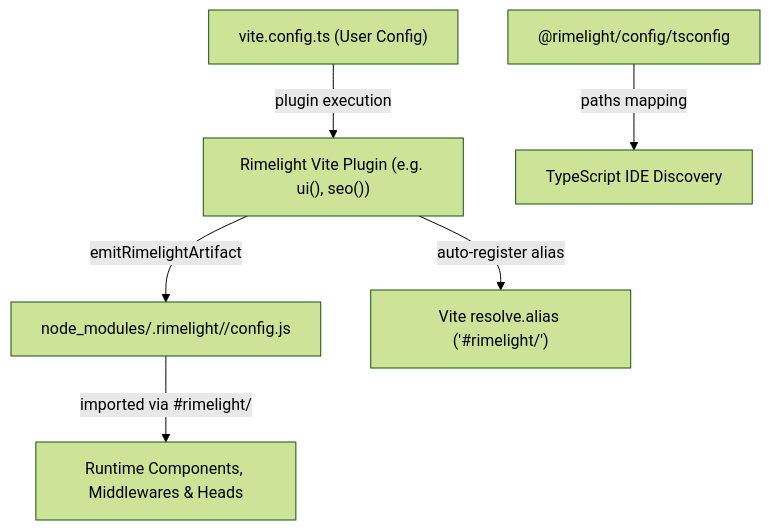
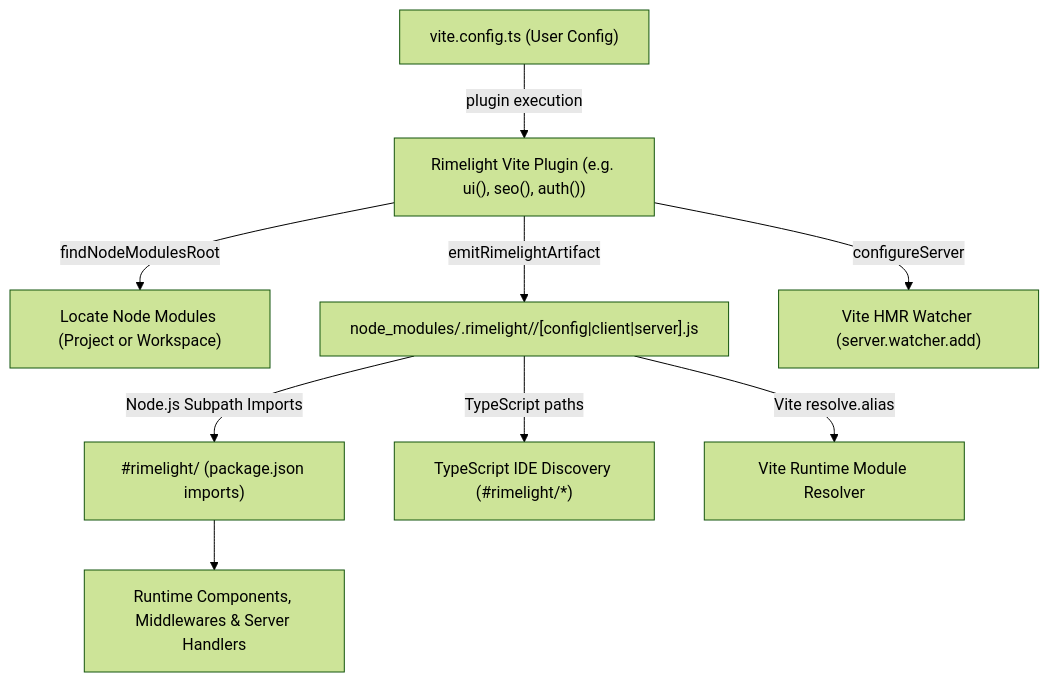
One commit to Rimelight-Entertainment/rimelight changed the diagram in rfc/unifying_virtual_modules_into_generated_node_modules_artifacts.md. Above: the diagram before and after it, drawn with Mermaid (forest theme). The commit also changed other lines of this file and 70 other files, not shown here.

Commit message:
refactor: moves away from vite virtual modules

````diff
--- a/rfc/unifying_virtual_modules_into_generated_node_modules_artifacts.md
+++ b/rfc/unifying_virtual_modules_into_generated_node_modules_artifacts.md
@@ -88,8 +109,11 @@
 ```mermaid
 flowchart TD
-    A["vite.config.ts (User Config)"] -->|plugin execution| B["Rimelight Vite Plugin (e.g. ui(), seo())"]
-    B -->|emitRimelightArtifact| C["node_modules/.rimelight/<pkg>/config.js"]
-    B -->|auto-register alias| D["Vite resolve.alias ('#rimelight/<pkg>')"]
-    E["@rimelight/config/tsconfig"] -->|paths mapping| F["TypeScript IDE Discovery"]
-    C -->|imported via #rimelight/<pkg>| G["Runtime Components, Middlewares & Heads"]
+    A["vite.config.ts (User Config)"] -->|plugin execution| B["Rimelight Vite Plugin (e.g. ui(), seo(), auth())"]
+    B -->|findNodeModulesRoot| C["Locate Node Modules (Project or Workspace)"]
+    B -->|emitRimelightArtifact| D["node_modules/.rimelight/<pkg>/[config|client|server].js"]
+    B -->|configureServer| W["Vite HMR Watcher (server.watcher.add)"]
+    D -->|Node.js Subpath Imports| E["#rimelight/<pkg> (package.json imports)"]
+    D -->|TypeScript paths| F["TypeScript IDE Discovery (#rimelight/*)"]
+    D -->|Vite resolve.alias| G["Vite Runtime Module Resolver"]
+    E --> H["Runtime Components, Middlewares & Server Handlers"]
 ```
````
